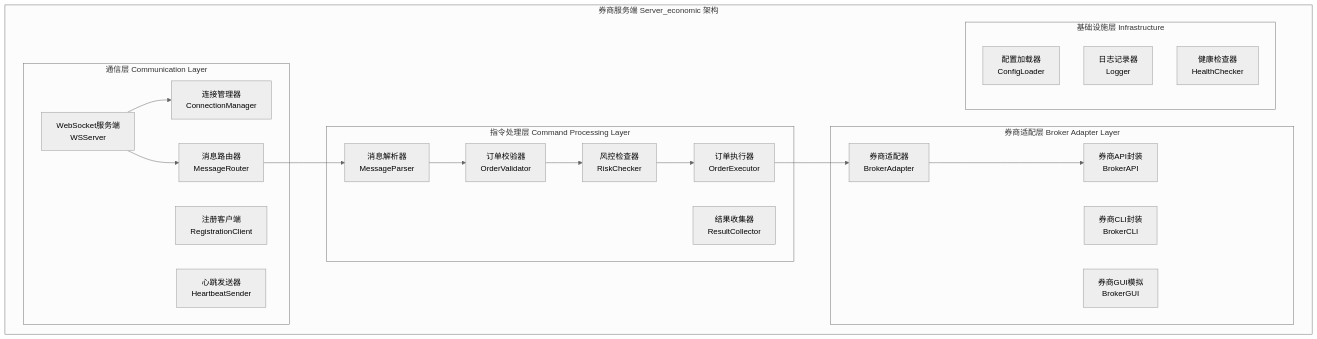
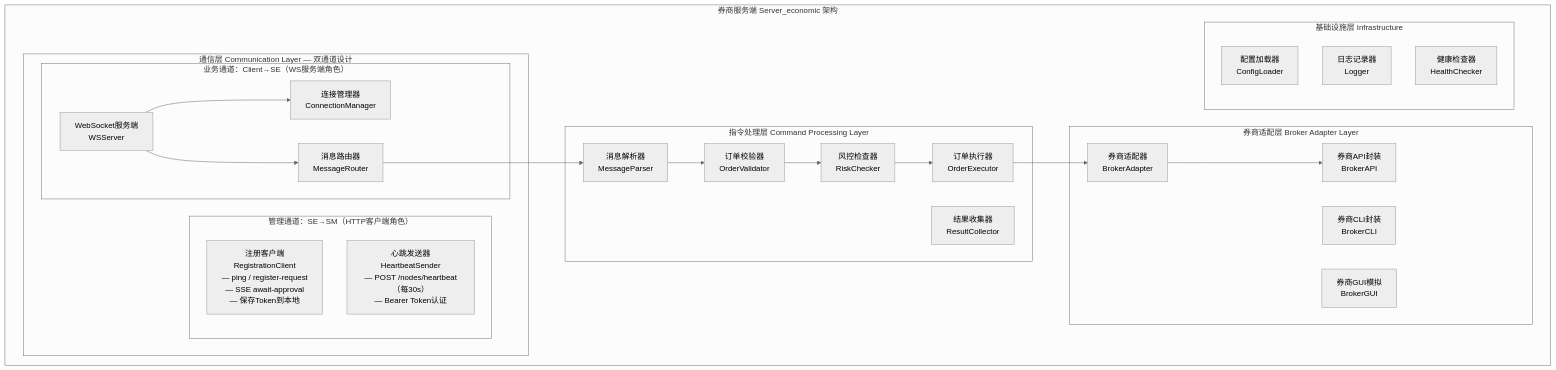
Before and after one commit to XiangzeLiu/EC_project: the fourth of 7 diagrams in 证券股票交易系统产品文档_合并版.md, drawn with Mermaid (neutral theme). The commit also changed other lines of this file and 20 other files, not shown here.

````diff
--- a/证券股票交易系统产品文档_合并版.md
+++ b/证券股票交易系统产品文档_合并版.md
@@ -667,42 +717,46 @@
 ```mermaid
 graph TB
     subgraph "券商服务端 Server_economic 架构"
-        subgraph "通信层 Communication Layer"
-            RegistrationClient[注册客户端<br/>RegistrationClient]
-            HeartbeatSender[心跳发送器<br/>HeartbeatSender]
-            WebSocketServer[WebSocket服务端<br/>WSServer]
-            MessageRouter[消息路由器<br/>MessageRouter]
-            ConnectionManager[连接管理器<br/>ConnectionManager]
+        subgraph "通信层 Communication Layer — 双通道设计"
+            subgraph "管理通道：SE→SM（HTTP客户端角色）"
+                RegistrationClient[注册客户端<br/>RegistrationClient<br/>— ping / register-request<br/>— SSE await-approval<br/>— 保存Token到本地]
+                HeartbeatSender[心跳发送器<br/>HeartbeatSender<br/>— POST /nodes/heartbeat（每30s）<br/>— Bearer Token认证]
+            end
+            subgraph "业务通道：Client→SE（WS服务端角色）"
+                WebSocketServer[WebSocket服务端<br/>WSServer]
+                MessageRouter[消息路由器<br/>MessageRouter]
+                ConnectionManager[连接管理器<br/>ConnectionManager]
+            end
         end
         
         subgraph "指令处理层 Command Processing Layer"
             MessageParser[消息解析器<br/>MessageParser]
             OrderValidator[订单校验器<br/>OrderValidator]
             RiskChecker[风控检查器<br/>RiskChecker]
             OrderExecutor[订单执行器<br/>OrderExecutor]
             ResultCollector[结果收集器<br/>ResultCollector]
         end
         
         subgraph "券商适配层 Broker Adapter Layer"
             BrokerAdapter[券商适配器<br/>BrokerAdapter]
             BrokerAPI[券商API封装<br/>BrokerAPI]
             BrokerCLI[券商CLI封装<br/>BrokerCLI]
             BrokerGUI[券商GUI模拟<br/>BrokerGUI]
         end
         
         subgraph "基础设施层 Infrastructure"
             ConfigLoader[配置加载器<br/>ConfigLoader]
             Logger[日志记录器<br/>Logger]
             HealthChecker[健康检查器<br/>HealthChecker]
         end
     end
     
     WebSocketServer --> ConnectionManager
     WebSocketServer --> MessageRouter
     MessageRouter --> MessageParser
     MessageParser --> OrderValidator
     OrderValidator --> RiskChecker
     RiskChecker --> OrderExecutor
     OrderExecutor --> BrokerAdapter
     BrokerAdapter --> BrokerAPI
 ```
````
